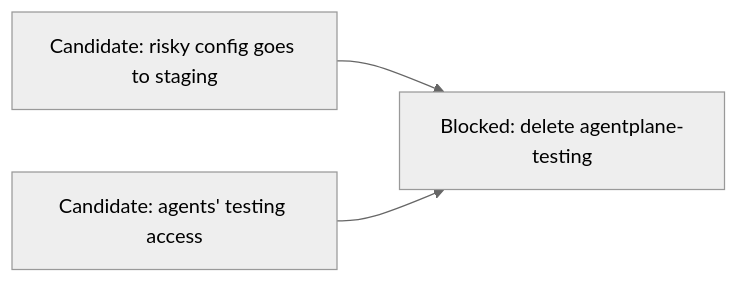
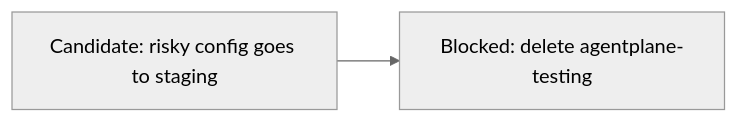
Before and after one commit to agentydragon-agent/ducktape: diagram 18 of 19 in agentplane/plans/task_dag.md, drawn with Mermaid (neutral theme). The commit also changed other lines of this file and 12 other files, not shown here.

First line of the commit message:
agentplane: agents lose their agentplane-testing access

````diff
--- a/agentplane/plans/task_dag.md
+++ b/agentplane/plans/task_dag.md
@@ -1930,8 +1929,6 @@
 ```mermaid
 flowchart LR
     STAGING_FIRST_ROLLOUT[Candidate: risky config goes to staging]
-    AGENT_TESTING_ACCESS_RETIRE[Candidate: agents' testing access]
     TESTING_ENVIRONMENT_RETIRE[Blocked: delete agentplane-testing]
     STAGING_FIRST_ROLLOUT --> TESTING_ENVIRONMENT_RETIRE
-    AGENT_TESTING_ACCESS_RETIRE --> TESTING_ENVIRONMENT_RETIRE
 ```
````
